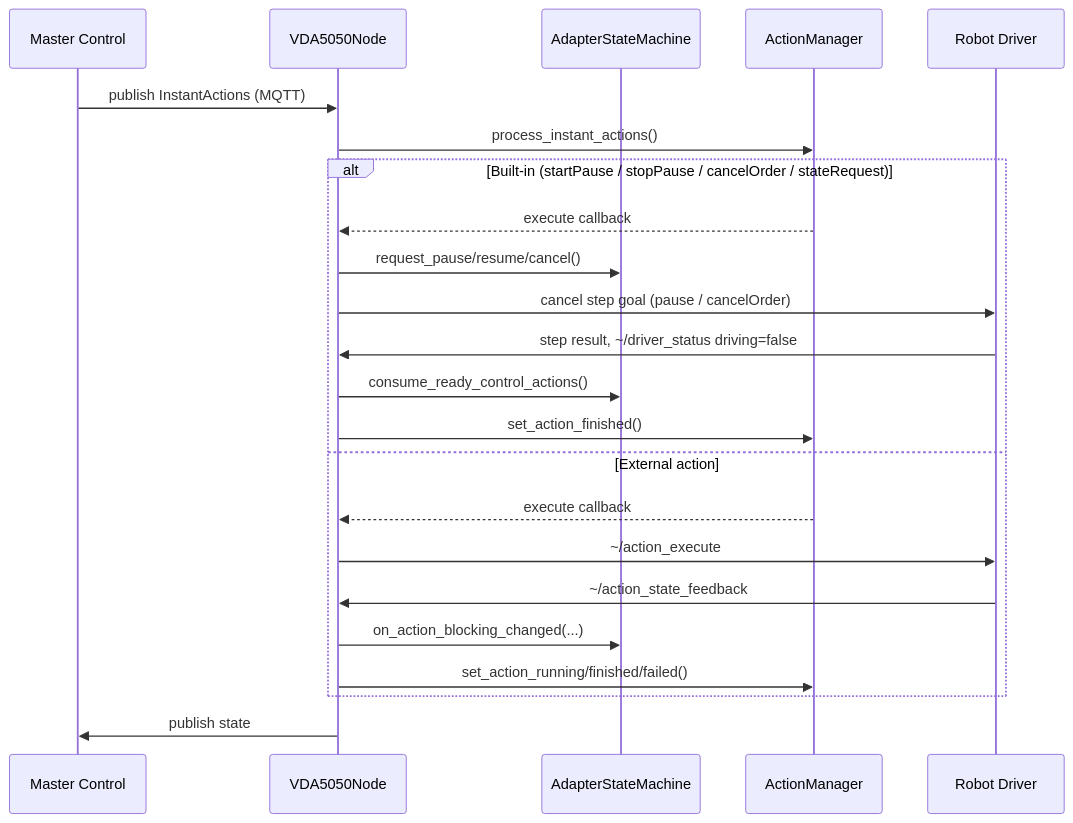
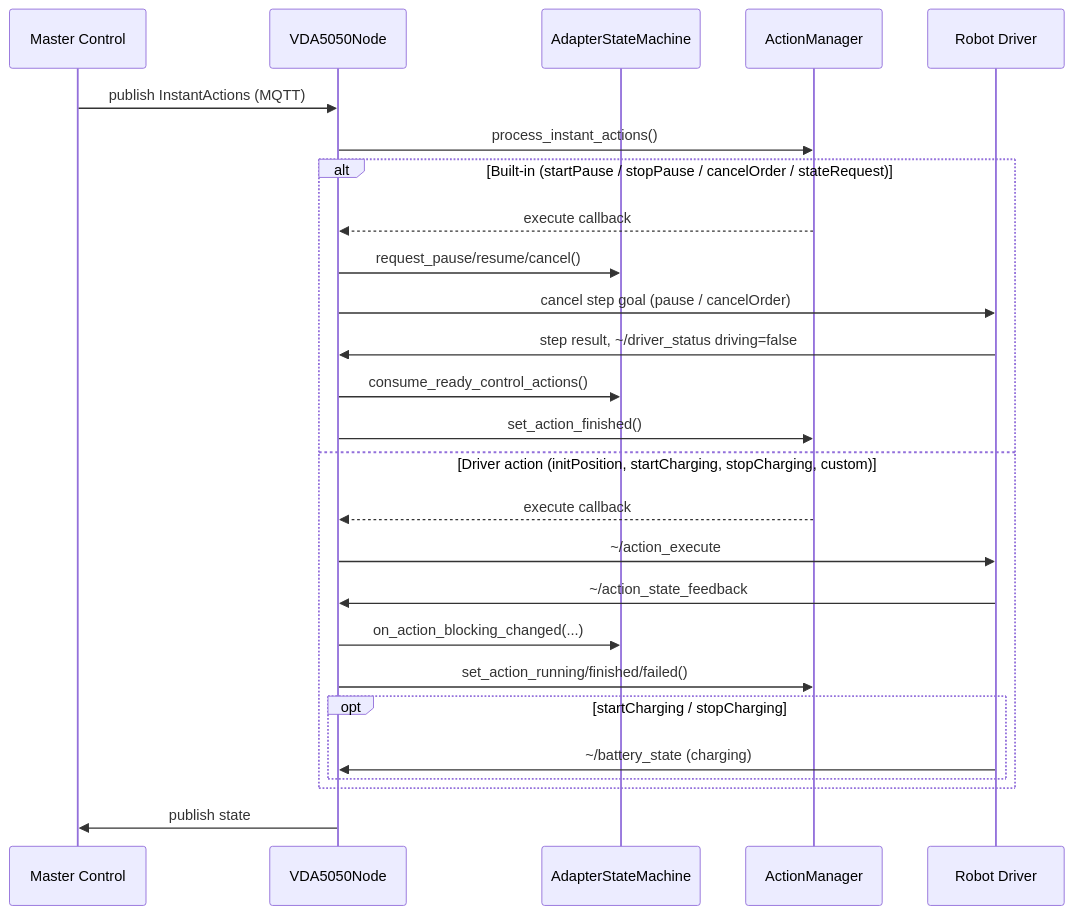
Before and after one commit to NhatTran-97/eiu-vda5050-support-open-rmf: the sixth of 7 diagrams in vda5050_client_adapter/docs/architecture.md, drawn with Mermaid. The commit also changed other lines of this file and 13 other files, not shown here.

````diff
--- a/vda5050_client_adapter/docs/architecture.md
+++ b/vda5050_client_adapter/docs/architecture.md
@@ -272,28 +272,31 @@
 ```mermaid
 sequenceDiagram
     participant MC as Master Control
     participant Node as VDA5050Node
     participant SM as AdapterStateMachine
     participant AM as ActionManager
     participant Robot as Robot Driver
 
     MC->>Node: publish InstantActions (MQTT)
     Node->>AM: process_instant_actions()
 
     alt Built-in (startPause / stopPause / cancelOrder / stateRequest)
         AM-->>Node: execute callback
         Node->>SM: request_pause/resume/cancel()
         Node->>Robot: cancel step goal (pause / cancelOrder)
         Robot->>Node: step result, ~/driver_status driving=false
         Node->>SM: consume_ready_control_actions()
         Node->>AM: set_action_finished()
-    else External action
+    else Driver action (initPosition, startCharging, stopCharging, custom)
         AM-->>Node: execute callback
         Node->>Robot: ~/action_execute
         Robot->>Node: ~/action_state_feedback
         Node->>SM: on_action_blocking_changed(...)
         Node->>AM: set_action_running/finished/failed()
+        opt startCharging / stopCharging
+            Robot->>Node: ~/battery_state (charging)
+        end
     end
 
     Node->>MC: publish state
 ```
````
